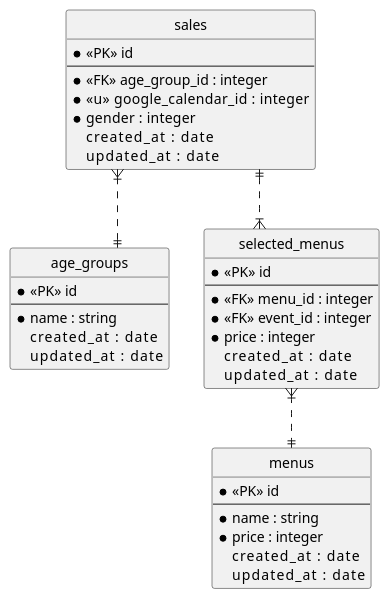
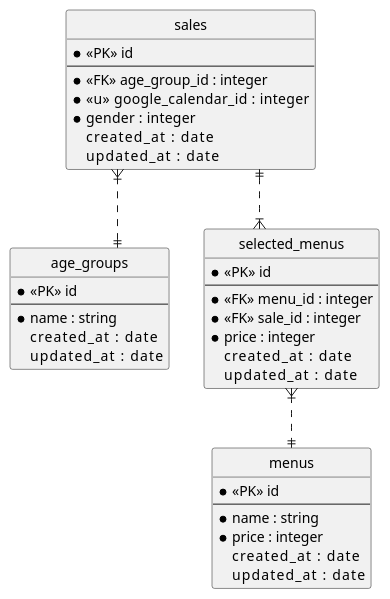
One commit to takuya-38/Raika changed the diagram in documents/er.pu. Above: the diagram before and after it, drawn with PlantUML. The commit also changed 8 other files, not shown here.

```diff
--- a/documents/er.pu
+++ b/documents/er.pu
@@ -1,47 +1,47 @@
 @startuml test
 hide circle
 skinparam linetype ortho
 
 entity "sales" as sales {
     * <<PK>> id
     --
     * <<FK>> age_group_id : integer
     * <<u>> google_calendar_id    : integer
     * gender  : integer
     created_at      : date
     updated_at      : date
 }
 
 entity "age_groups" as age_groups {
     * <<PK>> id
     --
     * name : string
     created_at      : date
     updated_at      : date
 }
 
 entity "selected_menus" as selected_menus {
     * <<PK>> id
     --
     * <<FK>> menu_id : integer
-    * <<FK>> event_id : integer
+    * <<FK>> sale_id : integer
     * price : integer
     created_at      : date
     updated_at      : date
 }
 
 
 entity "menus" as menus {
     * <<PK>> id
     --
     * name : string
     * price : integer
     created_at      : date
     updated_at      : date
 }
 
 sales }|..|| age_groups
 sales ||..|{ selected_menus
 selected_menus }|..|| menus
 
 @enduml
```
